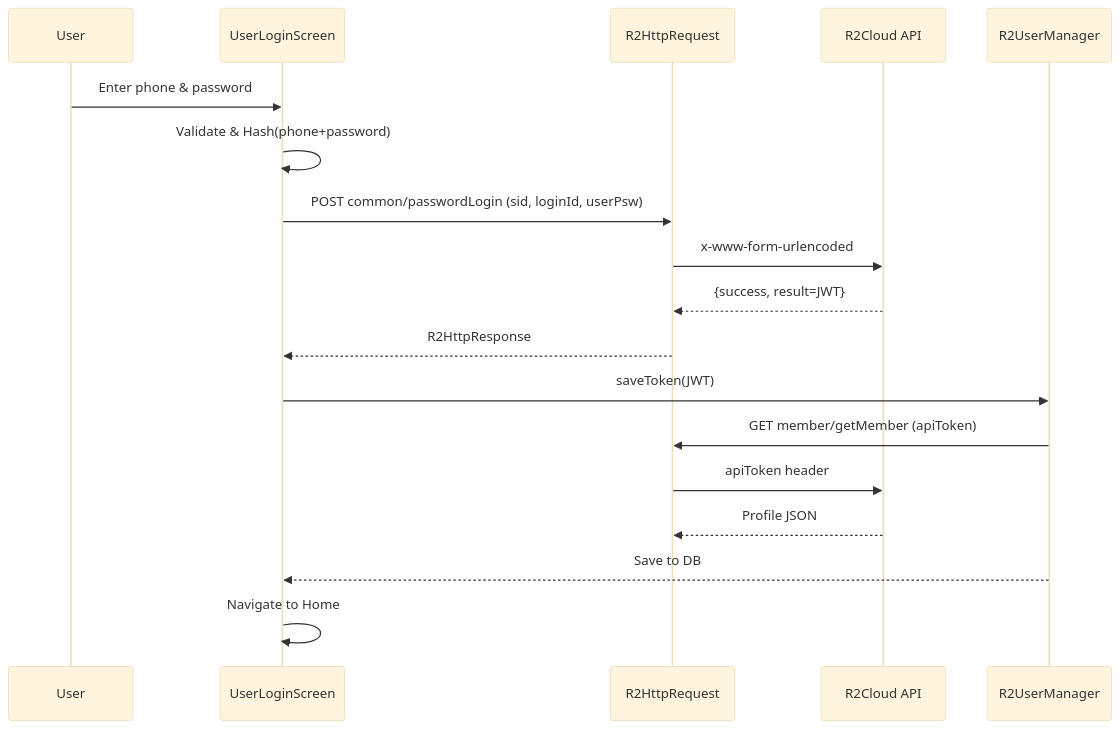
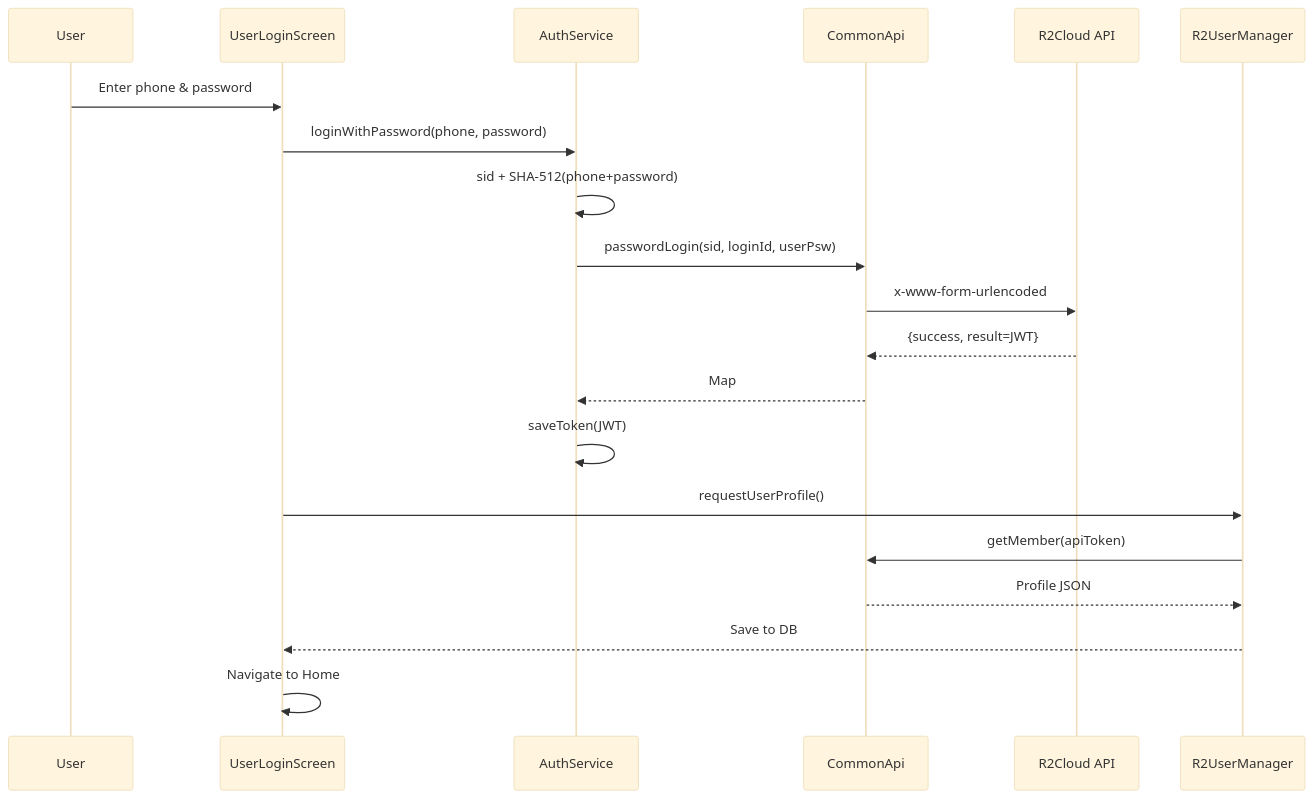
One commit to shenjee/r2cyclingapp changed the first of 2 diagrams in .trae/documents/tech_authentication.md. Above: the diagram before and after it, drawn with Mermaid (base theme). The commit also changed other lines of this file and 3 other files, not shown here.

First line of the commit message:
refactor(auth): centralize authentication logic in AuthService

````diff
--- a/.trae/documents/tech_authentication.md
+++ b/.trae/documents/tech_authentication.md
@@ -29,20 +29,22 @@
 ```mermaid
 sequenceDiagram
   participant U as User
   participant UI as UserLoginScreen
-  participant HTTP as R2HttpRequest
+  participant A as AuthService
+  participant C as CommonApi
   participant S as R2Cloud API
   participant M as R2UserManager
   U->>UI: Enter phone & password
-  UI->>UI: Validate & Hash(phone+password)
-  UI->>HTTP: POST common/passwordLogin (sid, loginId, userPsw)
-  HTTP->>S: x-www-form-urlencoded
-  S-->>HTTP: {success, result=JWT}
-  HTTP-->>UI: R2HttpResponse
-  UI->>M: saveToken(JWT)
-  M->>HTTP: GET member/getMember (apiToken)
-  HTTP->>S: apiToken header
-  S-->>HTTP: Profile JSON
+  UI->>A: loginWithPassword(phone, password)
+  A->>A: sid + SHA-512(phone+password)
+  A->>C: passwordLogin(sid, loginId, userPsw)
+  C->>S: x-www-form-urlencoded
+  S-->>C: {success, result=JWT}
+  C-->>A: Map
+  A->>A: saveToken(JWT)
+  UI->>M: requestUserProfile()
+  M->>C: getMember(apiToken)
+  C-->>M: Profile JSON
   M-->>UI: Save to DB
   UI->>UI: Navigate to Home
 ```
````
